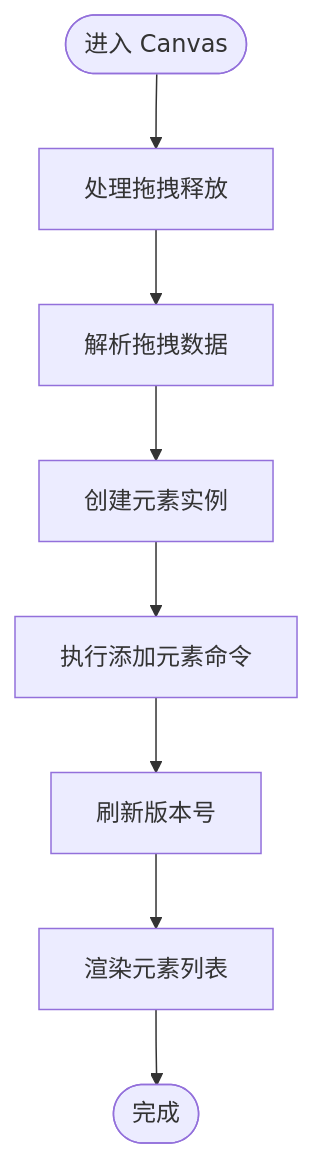
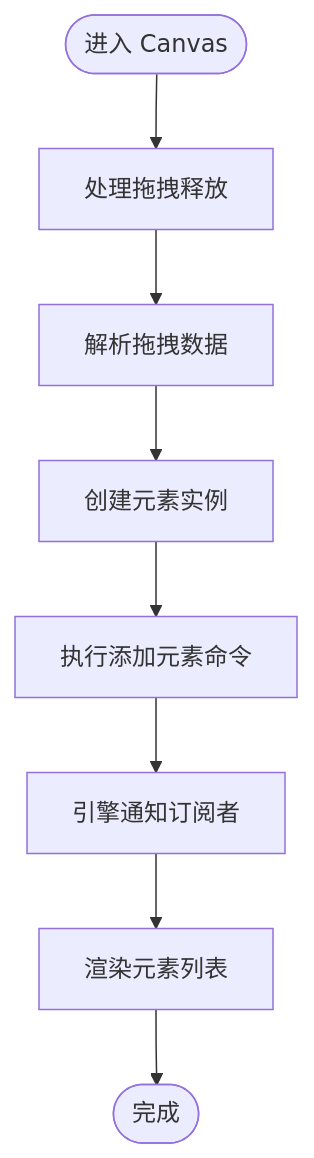
Before and after one commit to Anna0314zy/ai_editor_enginer: the third of 5 diagrams in .qoder/repowiki/zh/content/UI组件系统/UI组件系统.md, drawn with Mermaid. The commit also changed other lines of this file and 7 other files, not shown here.

````diff
--- a/.qoder/repowiki/zh/content/UI组件系统/UI组件系统.md
+++ b/.qoder/repowiki/zh/content/UI组件系统/UI组件系统.md
@@ -179,10 +169,10 @@
 ```mermaid
 flowchart TD
 Start(["进入 Canvas"]) --> Drop["处理拖拽释放"]
 Drop --> Parse["解析拖拽数据"]
 Parse --> Create["创建元素实例"]
 Create --> Exec["执行添加元素命令"]
-Exec --> Refresh["刷新版本号"]
-Refresh --> Render["渲染元素列表"]
+Exec --> Notify["引擎通知订阅者"]
+Notify --> Render["渲染元素列表"]
 Render --> End(["完成"])
 ```
````
